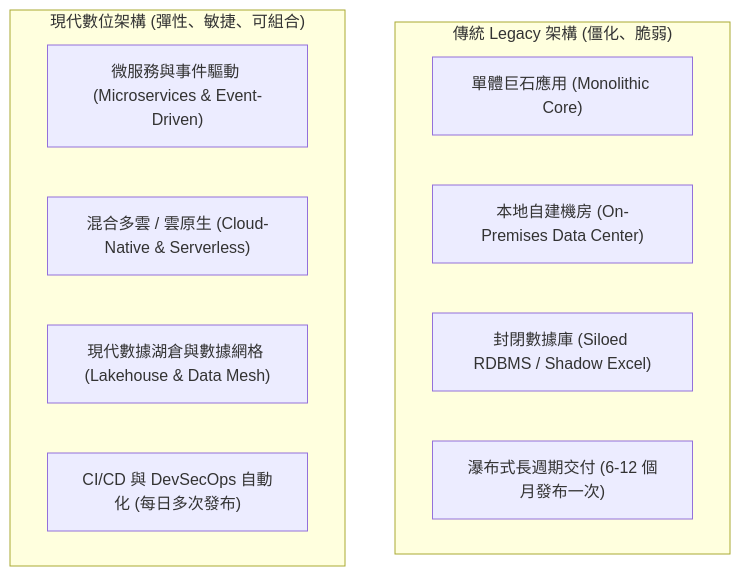
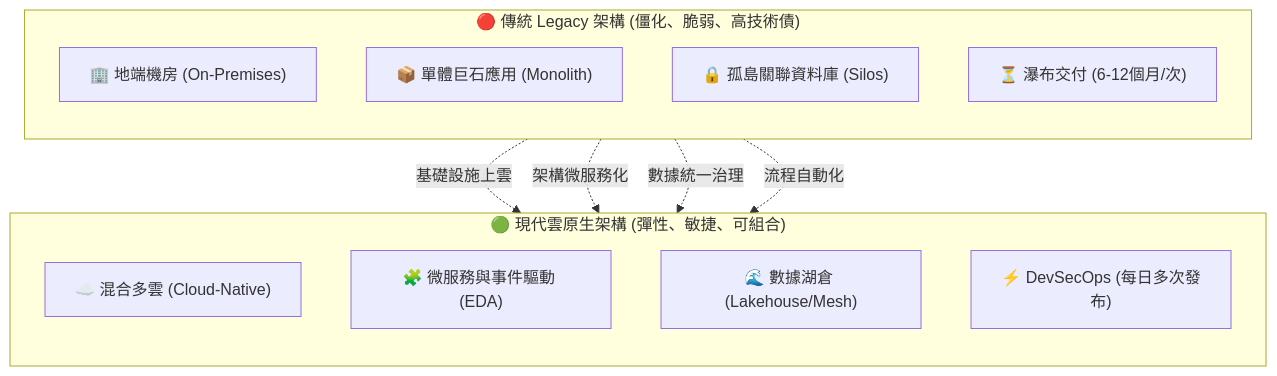
The first of 3 diagrams in 03-modern-tech-and-data-foundation.md (billy1030/digital-tranformation-learning), drawn with Mermaid before and after one commit. The commit also changed 1 other file, not shown here.

Commit message:
refactor(mermaid): redesign diagram 03.1 into compact vertical evolution layout

````diff
--- a/03-modern-tech-and-data-foundation.md
+++ b/03-modern-tech-and-data-foundation.md
@@ -14,16 +14,23 @@
 ```mermaid
-graph TD
-    subgraph S1["傳統 Legacy 架構 (僵化、脆弱)"]
-        L1["單體巨石應用 (Monolithic Core)"]
-        L2["本地自建機房 (On-Premises Data Center)"]
-        L3["封閉數據庫 (Siloed RDBMS / Shadow Excel)"]
-        L4["瀑布式長週期交付 (6-12 個月發布一次)"]
+flowchart TD
+    subgraph S1["🔴 傳統 Legacy 架構 (僵化、脆弱、高技術債)"]
+        direction TB
+        L1["🏢 地端機房 (On-Premises)"]
+        L2["📦 單體巨石應用 (Monolith)"]
+        L3["🔒 孤島關聯資料庫 (Silos)"]
+        L4["⏳ 瀑布交付 (6-12個月/次)"]
     end
 
-    subgraph S2["現代數位架構 (彈性、敏捷、可組合)"]
-        M1["微服務與事件驅動 (Microservices & Event-Driven)"]
-        M2["混合多雲 / 雲原生 (Cloud-Native & Serverless)"]
-        M3["現代數據湖倉與數據網格 (Lakehouse & Data Mesh)"]
-        M4["CI/CD 與 DevSecOps 自動化 (每日多次發布)"]
+    subgraph S2["🟢 現代雲原生架構 (彈性、敏捷、可組合)"]
+        direction TB
+        M1["☁️ 混合多雲 (Cloud-Native)"]
+        M2["🧩 微服務與事件驅動 (EDA)"]
+        M3["🌊 數據湖倉 (Lakehouse/Mesh)"]
+        M4["⚡ DevSecOps (每日多次發布)"]
     end
+
+    L1 -.->|"基礎設施上雲"| M1
+    L2 -.->|"架構微服務化"| M2
+    L3 -.->|"數據統一治理"| M3
+    L4 -.->|"流程自動化"| M4
 ```
````
